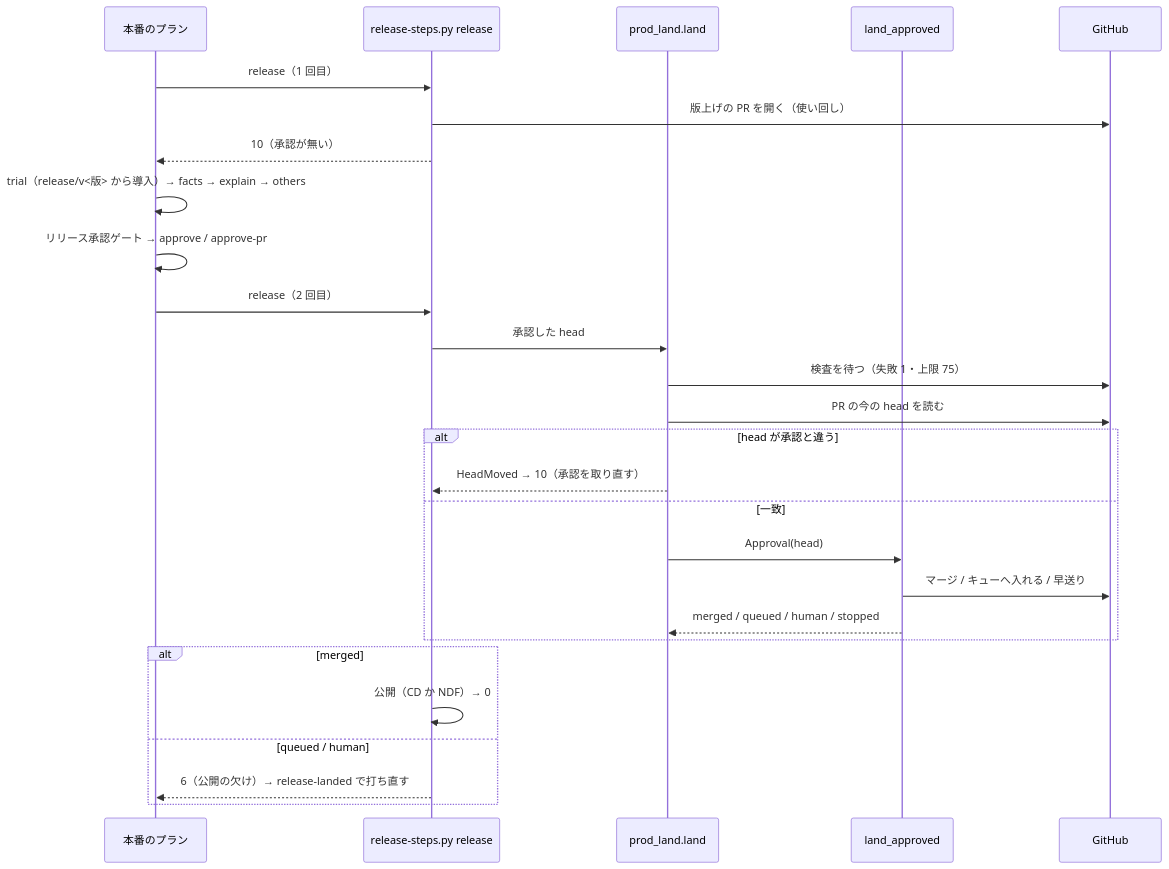
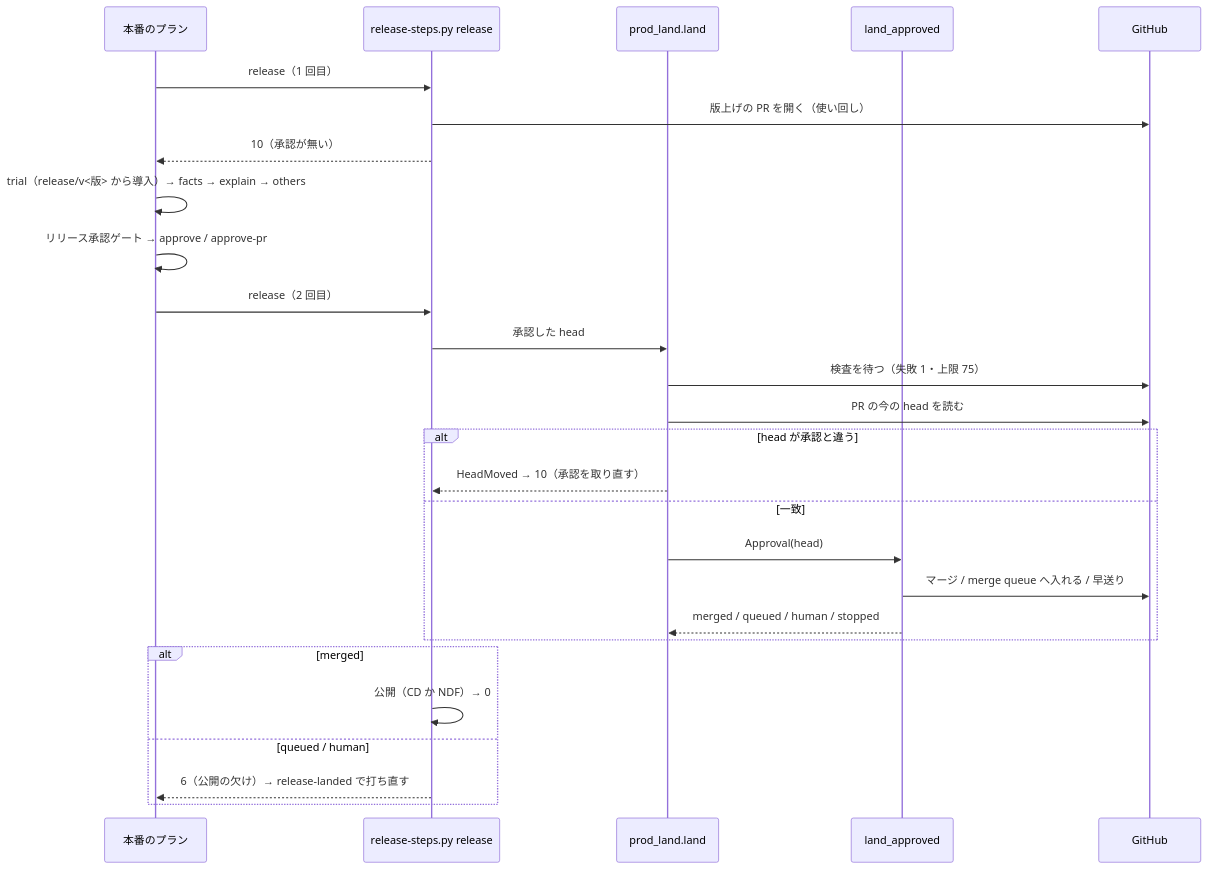
The third of 5 diagrams in issues/issue-3703-design.md (devbasex/ai-plugins), drawn with Mermaid before and after one commit. The commit also changed other lines of this file and 2 other files, not shown here.

First line of the commit message:
Docs: #3703 の設計文書の長い文と章を分け、merge queue と NDF のキューを呼び分ける

````diff
--- a/issues/issue-3703-design.md
+++ b/issues/issue-3703-design.md
@@ -284,29 +288,29 @@
 ```mermaid
 sequenceDiagram
   participant P as 本番のプラン
   participant R as release-steps.py release
   participant L as prod_land.land
   participant G as land_approved
   participant H as GitHub
   P->>R: release（1 回目）
   R->>H: 版上げの PR を開く（使い回し）
   R-->>P: 10（承認が無い）
   P->>P: trial（release/v<版> から導入）→ facts → explain → others
   P->>P: リリース承認ゲート → approve / approve-pr
   P->>R: release（2 回目）
   R->>L: 承認した head
   L->>H: 検査を待つ（失敗 1・上限 75）
   L->>H: PR の今の head を読む
   alt head が承認と違う
     L-->>R: HeadMoved → 10（承認を取り直す）
   else 一致
     L->>G: Approval(head)
-    G->>H: マージ / キューへ入れる / 早送り
+    G->>H: マージ / merge queue へ入れる / 早送り
     G-->>L: merged / queued / human / stopped
   end
   alt merged
     R->>R: 公開（CD か NDF）→ 0
   else queued / human
     R-->>P: 6（公開の欠け）→ release-landed で打ち直す
   end
 ```
````
